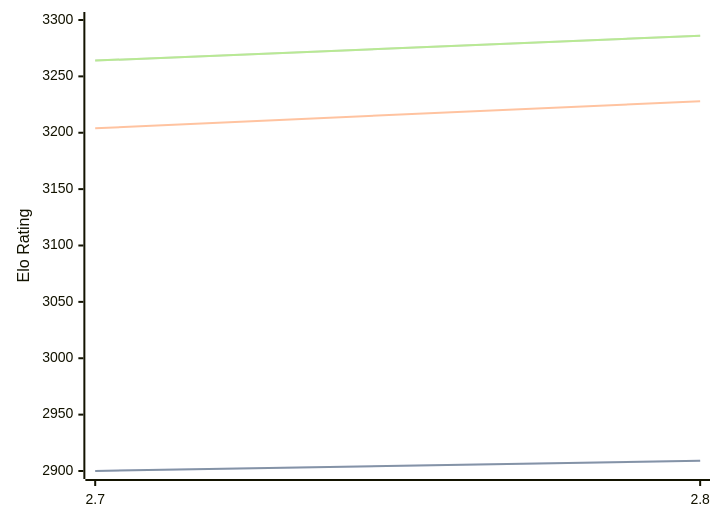
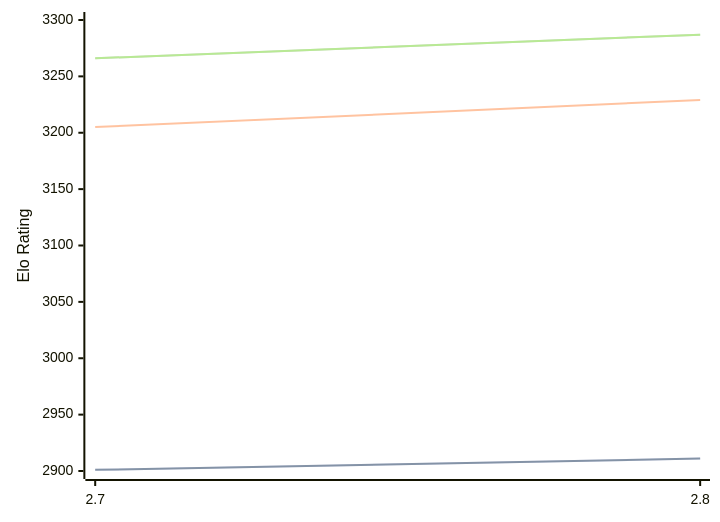
The diagram in engines/Arcanum.md (computer-chess-index/cci), drawn with Mermaid before and after one commit. The commit also changed other lines of this file, not shown here.

Commit message:
Update CCI Ratings (ELO VLTC) - 2026-09-13

````diff
--- a/engines/Arcanum.md
+++ b/engines/Arcanum.md
@@ -32,11 +32,11 @@
 ```mermaid
 %%{init: {"theme":"base","themeVariables":{"seriesColors:['#a3a3a3','#222221','#faa371']}}}%%
 xychart-beta
   x-axis ["2.7", "2.8"]
   y-axis "Elo Rating" 2900 --> 3300
-  line "" [2900, 2909]
-  line "STC (8.0+0.08s)" [2900, 2909]
-  line "LTC (60.0+0.60s)" [3204, 3228]
-  line "" [3264, 3286]
-  line "VLTC (2m24s+1.12s)" [3264, 3286]
+  line "" [2901, 2911]
+  line "STC (8.0+0.08s)" [2901, 2911]
+  line "LTC (60.0+0.60s)" [3205, 3229]
+  line "" [3266, 3287]
+  line "VLTC (2m24s+1.12s)" [3266, 3287]
 ```
````
